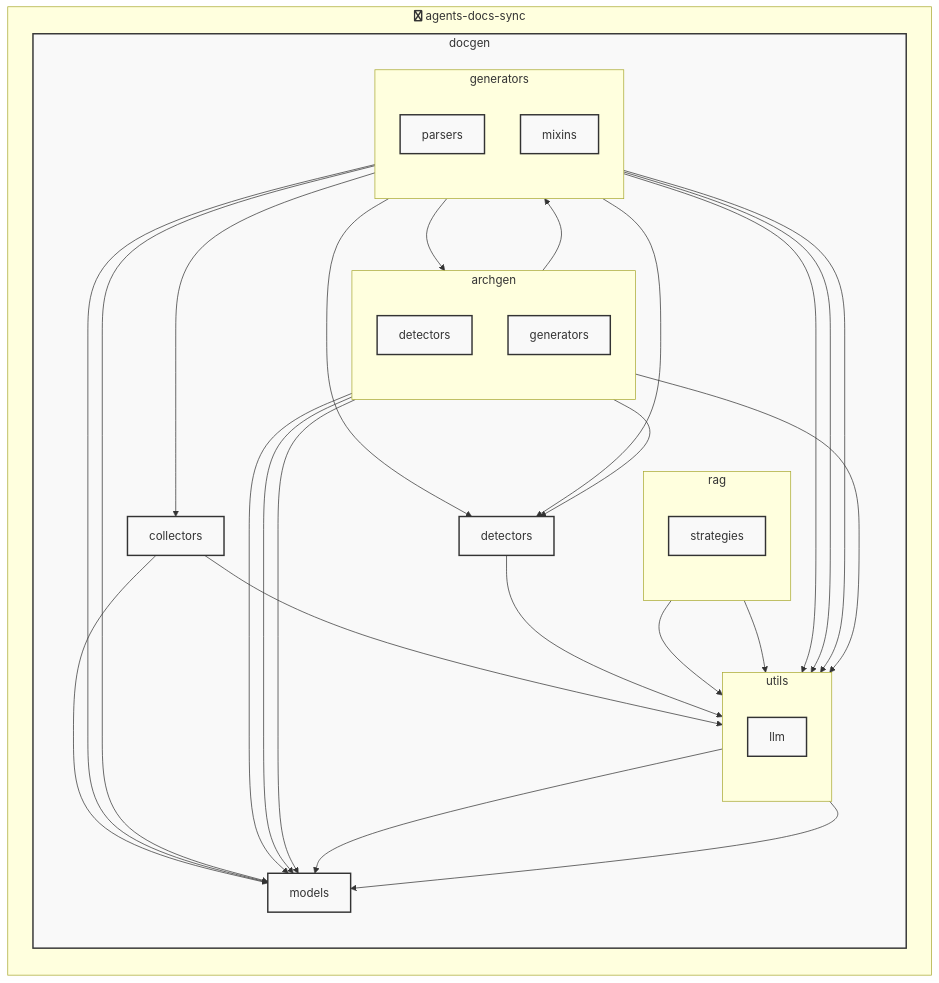
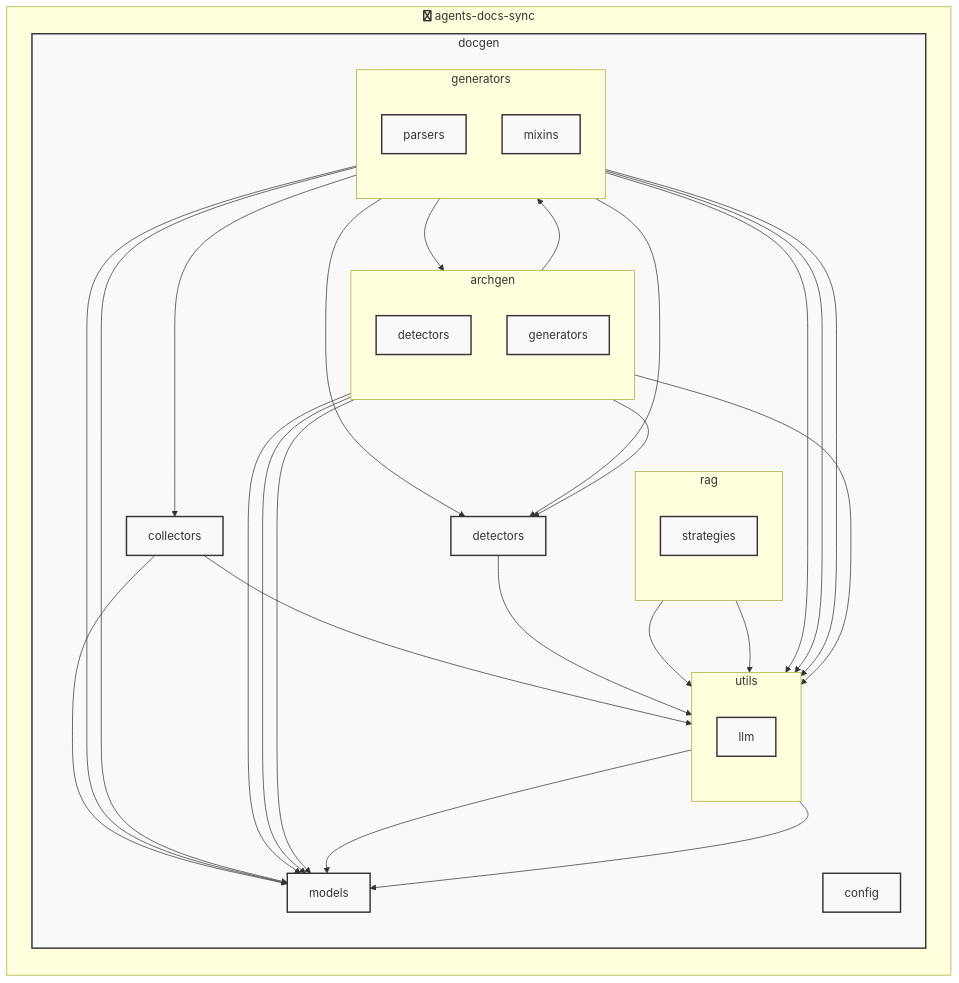
The diagram in docs/architecture/architecture.mmd (shiohamu/agents-docs-sync), drawn with Mermaid before and after one commit. The commit also changed 13 other files, not shown here.

```diff
--- a/docs/architecture/architecture.mmd
+++ b/docs/architecture/architecture.mmd
@@ -1,63 +1,64 @@
 graph TB
     %% Auto-generated architecture diagram
 
     subgraph agents_docs_sync [fa:fa-python agents-docs-sync]
         direction TB
         subgraph docgen [docgen]
             direction TB
             docgen_collectors["collectors"]:::moduleStyle
             subgraph docgen_utils [utils]
                 direction TB
                 docgen_utils_llm["llm"]:::moduleStyle
             end
             class docgen_utils moduleStyle
             docgen_models["models"]:::moduleStyle
             subgraph docgen_archgen [archgen]
                 direction TB
                 docgen_archgen_detectors["detectors"]:::moduleStyle
                 docgen_archgen_generators["generators"]:::moduleStyle
             end
             class docgen_archgen moduleStyle
             docgen_detectors["detectors"]:::moduleStyle
             subgraph docgen_generators [generators]
                 direction TB
                 docgen_generators_parsers["parsers"]:::moduleStyle
                 docgen_generators_mixins["mixins"]:::moduleStyle
             end
             class docgen_generators moduleStyle
             subgraph docgen_rag [rag]
                 direction TB
                 docgen_rag_strategies["strategies"]:::moduleStyle
             end
             class docgen_rag moduleStyle
+            docgen_config["config"]:::moduleStyle
         end
         class docgen moduleStyle
     end
 
     docgen_collectors --> docgen_models
     docgen_collectors --> docgen_utils
     docgen_utils --> docgen_models
     docgen_utils_llm --> docgen_models
     docgen_archgen --> docgen_detectors
     docgen_archgen --> docgen_generators
     docgen_archgen --> docgen_models
     docgen_archgen --> docgen_utils
     docgen_archgen_detectors --> docgen_models
     docgen_archgen_generators --> docgen_models
     docgen_detectors --> docgen_utils
     docgen_generators --> docgen_archgen
     docgen_generators --> docgen_collectors
     docgen_generators --> docgen_detectors
     docgen_generators --> docgen_models
     docgen_generators --> docgen_utils
     docgen_generators_parsers --> docgen_detectors
     docgen_generators_parsers --> docgen_models
     docgen_generators_parsers --> docgen_utils
     docgen_generators_mixins --> docgen_utils
     docgen_rag --> docgen_utils
     docgen_rag_strategies --> docgen_utils
 
     classDef pythonStyle fill:#3776ab,stroke:#ffd43b,stroke-width:2px,color:#fff
     classDef dockerStyle fill:#2496ed,stroke:#1d63ed,stroke-width:2px,color:#fff
     classDef dbStyle fill:#336791,stroke:#6b9cd6,stroke-width:2px,color:#fff
     classDef moduleStyle fill:#f9f9f9,stroke:#333,stroke-width:2px
```
